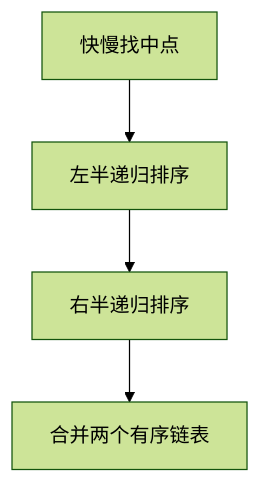
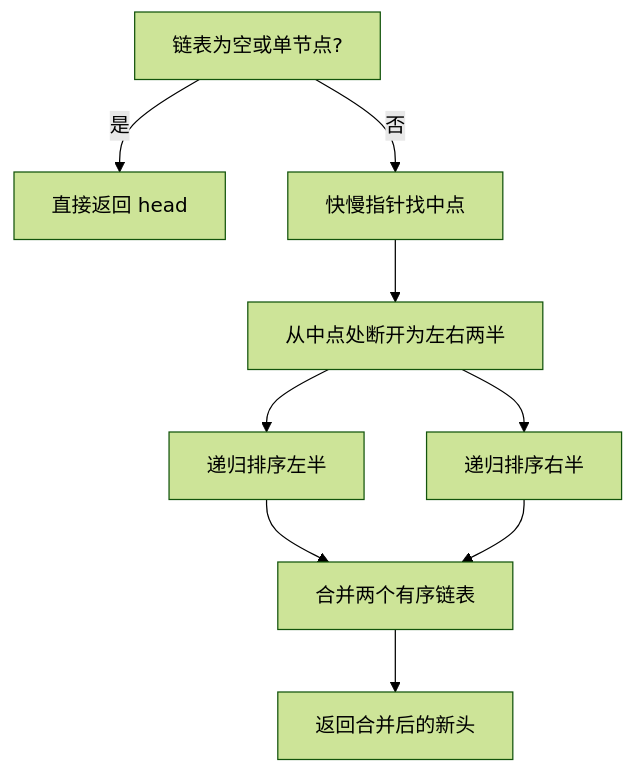
Before and after one commit to OctalZero/hot100-py: the first of 2 diagrams in 08-链表/0148-排序链表.md, drawn with Mermaid (forest theme). The commit also changed other lines of this file and 117 other files, not shown here.

First line of the commit message:
feat: 全题解配图升级为「动画式 mermaid」（总览骨架 + 横向时间线逐步推演）

````diff
--- a/08-链表/0148-排序链表.md
+++ b/08-链表/0148-排序链表.md
@@ -18,6 +18,11 @@
 ```mermaid
 flowchart TD
-    A["快慢找中点"] --> B["左半递归排序"]
-    B --> C["右半递归排序"]
-    C --> D["合并两个有序链表"]
+    A["链表为空或单节点?"] -->|"是"| B["直接返回 head"]
+    A -->|"否"| C["快慢指针找中点"]
+    C --> D["从中点处断开为左右两半"]
+    D --> E["递归排序左半"]
+    D --> F["递归排序右半"]
+    E --> G["合并两个有序链表"]
+    F --> G
+    G --> H["返回合并后的新头"]
 ```
````
